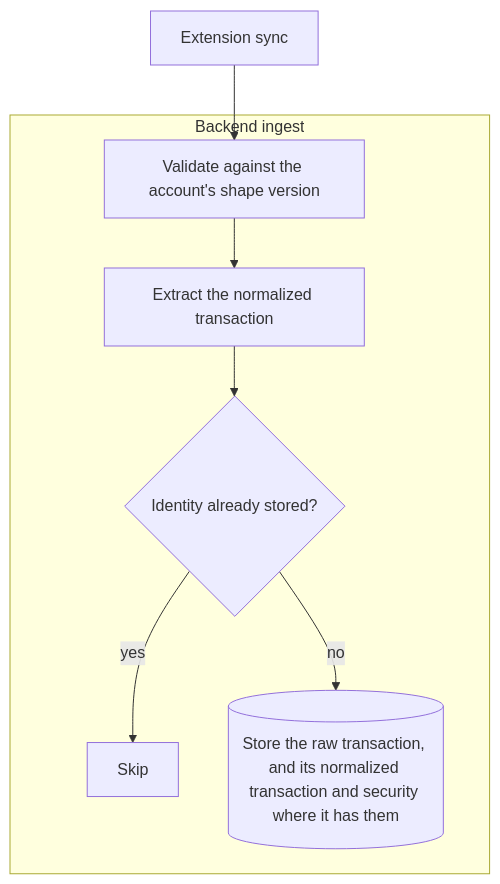
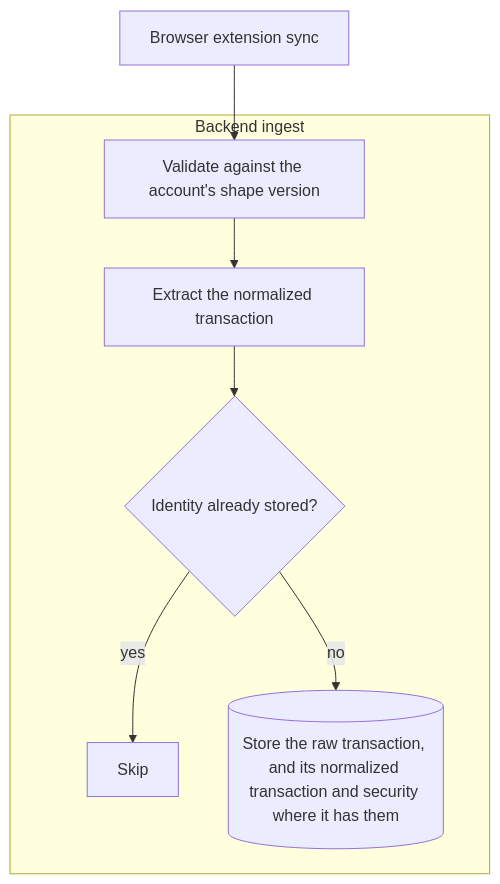
Before and after one commit to lennartmoeller/finance-tracker: the second of 5 diagrams in docs/architecture.md, drawn with Mermaid. The commit also changed other lines of this file and 42 other files, not shown here.

````diff
--- a/docs/architecture.md
+++ b/docs/architecture.md
@@ -66,10 +61,10 @@
 ```mermaid
 flowchart TD
-  extsync["Extension sync"] --> validate
+  extsync["Browser extension sync"] --> validate
   subgraph ingest["Backend ingest"]
     validate["Validate against the account's shape version"] --> extract["Extract the normalized transaction"]
     extract --> known{"Identity already stored?"}
     known -- "yes" --> skip["Skip"]
     known -- "no" --> store[("Store the raw transaction, and its normalized transaction and security where it has them")]
   end
 ```
````
